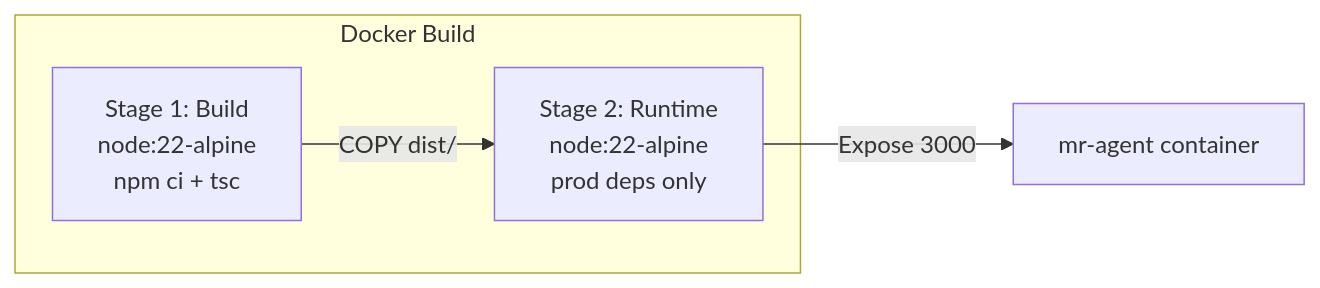
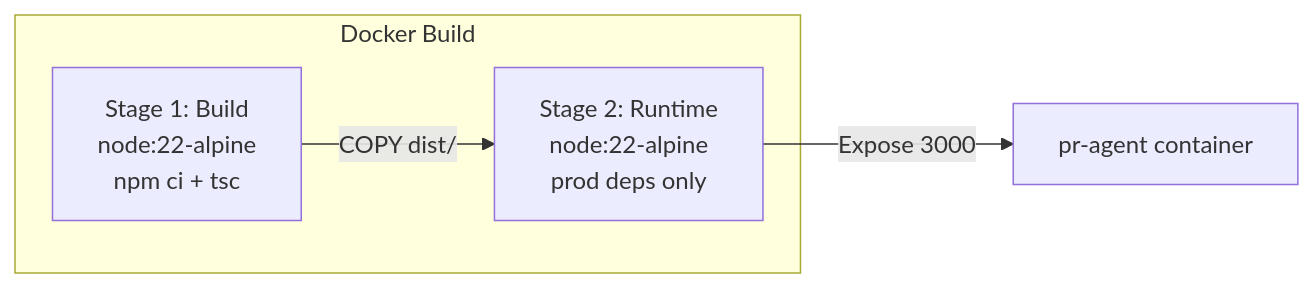
The sixth of 7 diagrams in README.md (condevtools/pr-agent), drawn with Mermaid before and after one commit. The commit also changed other lines of this file and 206 other files, not shown here.

````diff
--- a/README.md
+++ b/README.md
@@ -568,9 +678,9 @@
 ```mermaid
 graph LR
     subgraph Docker Build
         B1[Stage 1: Build<br/>node:22-alpine<br/>npm ci + tsc]
         B2[Stage 2: Runtime<br/>node:22-alpine<br/>prod deps only]
         B1 -->|COPY dist/| B2
     end
-    B2 -->|Expose 3000| SRV[mr-agent container]
+    B2 -->|Expose 3000| SRV[pr-agent container]
 ```
````
